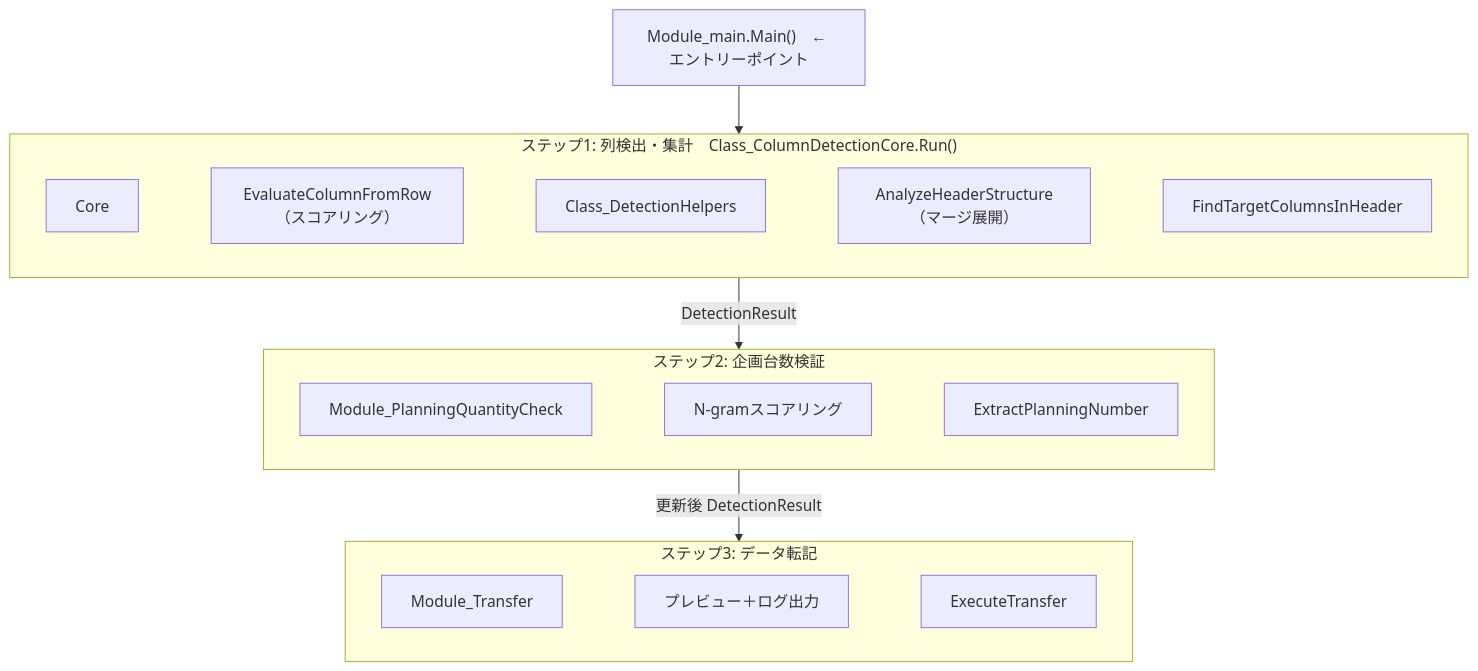
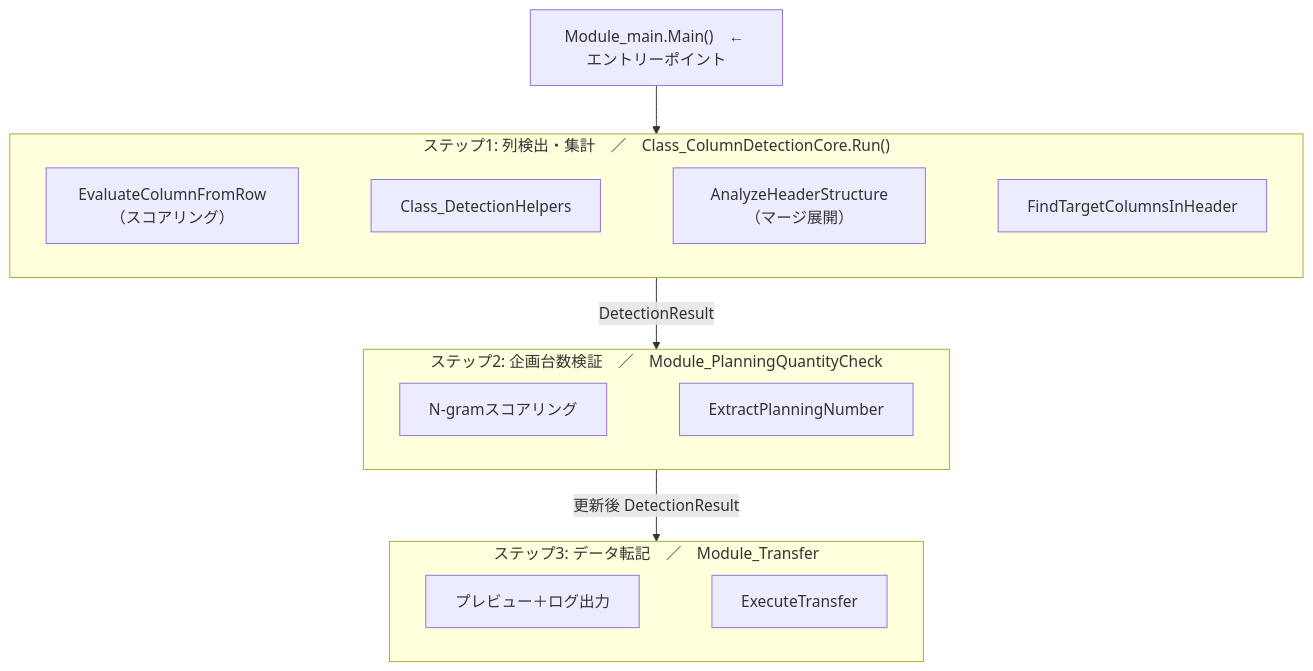
Before and after one commit to aki0178/business-system-design-portfolio: the diagram in 01_normalizer.md, drawn with Mermaid. The commit also changed other lines of this file, not shown here.

````diff
--- a/01_normalizer.md
+++ b/01_normalizer.md
@@ -48,35 +48,30 @@
 ```mermaid
 flowchart TB
     Main["Module_main.Main()　← エントリーポイント"]
 
-    subgraph Step1["ステップ1: 列検出・集計　Class_ColumnDetectionCore.Run()"]
+    subgraph Step1["ステップ1: 列検出・集計　／　Class_ColumnDetectionCore.Run()"]
         Eval["EvaluateColumnFromRow（スコアリング）"]
         Helpers["Class_DetectionHelpers"]
         Header["AnalyzeHeaderStructure（マージ展開）"]
         Find["FindTargetColumnsInHeader"]
-        Core ~~~ Eval
         Eval ~~~ Helpers
         Helpers ~~~ Header
         Header ~~~ Find
     end
 
-    subgraph Step2["ステップ2: 企画台数検証"]
-        PQC["Module_PlanningQuantityCheck"]
+    subgraph Step2["ステップ2: 企画台数検証　／　Module_PlanningQuantityCheck"]
         NGram["N-gramスコアリング"]
         Extract["ExtractPlanningNumber"]
-        PQC ~~~ NGram
         NGram ~~~ Extract
     end
 
-    subgraph Step3["ステップ3: データ転記"]
-        Transfer["Module_Transfer"]
+    subgraph Step3["ステップ3: データ転記　／　Module_Transfer"]
         Preview["プレビュー＋ログ出力"]
         Exec["ExecuteTransfer"]
-        Transfer ~~~ Preview
         Preview ~~~ Exec
     end
 
     Main --> Step1
     Step1 -- "DetectionResult" --> Step2
     Step2 -- "更新後 DetectionResult" --> Step3
 ```
````
